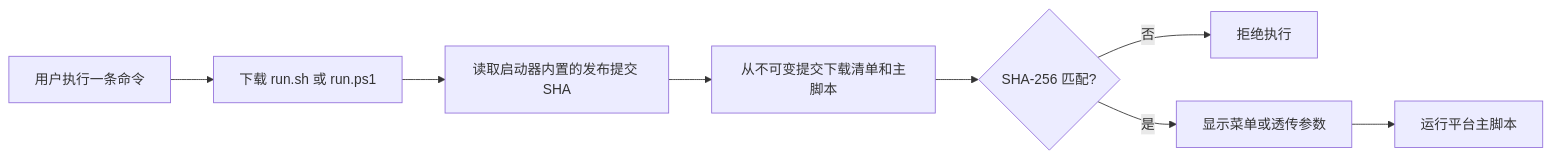
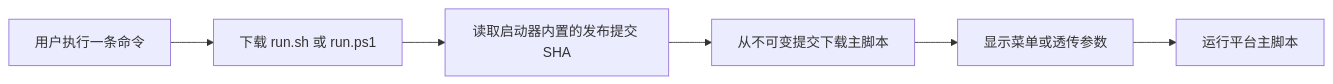
The first of 3 diagrams in docs/diagrams.md (marble810/bring-back-gemini), drawn with Mermaid before and after one commit. The commit also changed other lines of this file and 14 other files, not shown here.

````diff
--- a/docs/diagrams.md
+++ b/docs/diagrams.md
@@ -7,10 +7,8 @@
 ```mermaid
 flowchart LR
     U[用户执行一条命令] --> R[下载 run.sh 或 run.ps1]
     R --> A[读取启动器内置的发布提交 SHA]
-    A --> D[从不可变提交下载清单和主脚本]
-    D --> H{SHA-256 匹配?}
-    H -->|否| X[拒绝执行]
-    H -->|是| M[显示菜单或透传参数]
+    A --> D[从不可变提交下载主脚本]
+    D --> M[显示菜单或透传参数]
     M --> P[运行平台主脚本]
 ```
````
